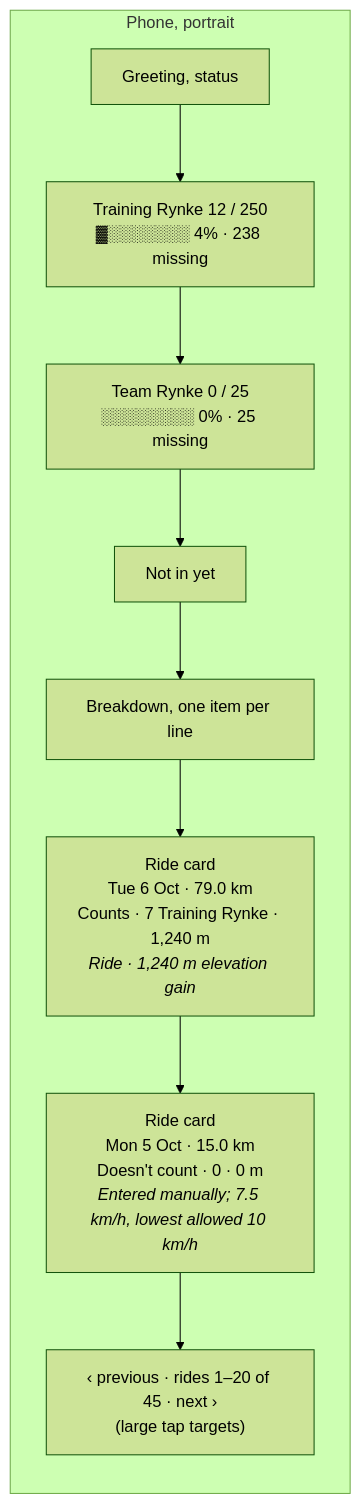
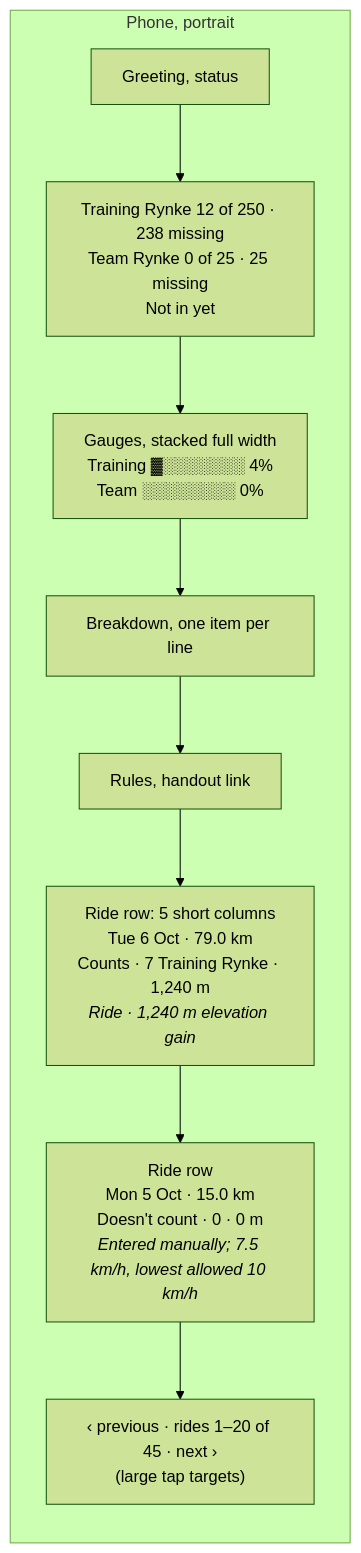
Before and after one commit to SaSteffen/RynkePoints: the sixth of 18 diagrams in specs/005-rider-view/spec.md, drawn with Mermaid (forest theme). The commit also changed other lines of this file and 2 other files, not shown here.

Commit message:
docs: check rider view diagrams against the build

````diff
--- a/specs/005-rider-view/spec.md
+++ b/specs/005-rider-view/spec.md
@@ -891,15 +900,15 @@
 ```mermaid
 flowchart TB
     subgraph phone["Phone, portrait"]
         direction TB
         p1["Greeting, status"]
-        p2["Training Rynke 12 / 250<br/>▓░░░░░░░ 4% · 238 missing"]
-        p3["Team Rynke 0 / 25<br/>░░░░░░░░ 0% · 25 missing"]
-        p4["Not in yet"]
-        p5["Breakdown, one item per line"]
-        p6["Ride card<br/>Tue 6 Oct · 79.0 km<br/>Counts · 7 Training Rynke · 1,240 m<br/><i>Ride · 1,240 m elevation gain</i>"]
-        p7["Ride card<br/>Mon 5 Oct · 15.0 km<br/>Doesn't count · 0 · 0 m<br/><i>Entered manually; 7.5 km/h, lowest allowed 10 km/h</i>"]
+        p2["Training Rynke 12 of 250 · 238 missing<br/>Team Rynke 0 of 25 · 25 missing<br/>Not in yet"]
+        p3["Gauges, stacked full width<br/>Training ▓░░░░░░░ 4%<br/>Team ░░░░░░░░ 0%"]
+        p4["Breakdown, one item per line"]
+        p5["Rules, handout link"]
+        p6["Ride row: 5 short columns<br/>Tue 6 Oct · 79.0 km<br/>Counts · 7 Training Rynke · 1,240 m<br/><i>Ride · 1,240 m elevation gain</i>"]
+        p7["Ride row<br/>Mon 5 Oct · 15.0 km<br/>Doesn't count · 0 · 0 m<br/><i>Entered manually; 7.5 km/h, lowest allowed 10 km/h</i>"]
         p8["‹ previous · rides 1–20 of 45 · next ›<br/>(large tap targets)"]
         p1 --> p2 --> p3 --> p4 --> p5 --> p6 --> p7 --> p8
     end
 ```
````
